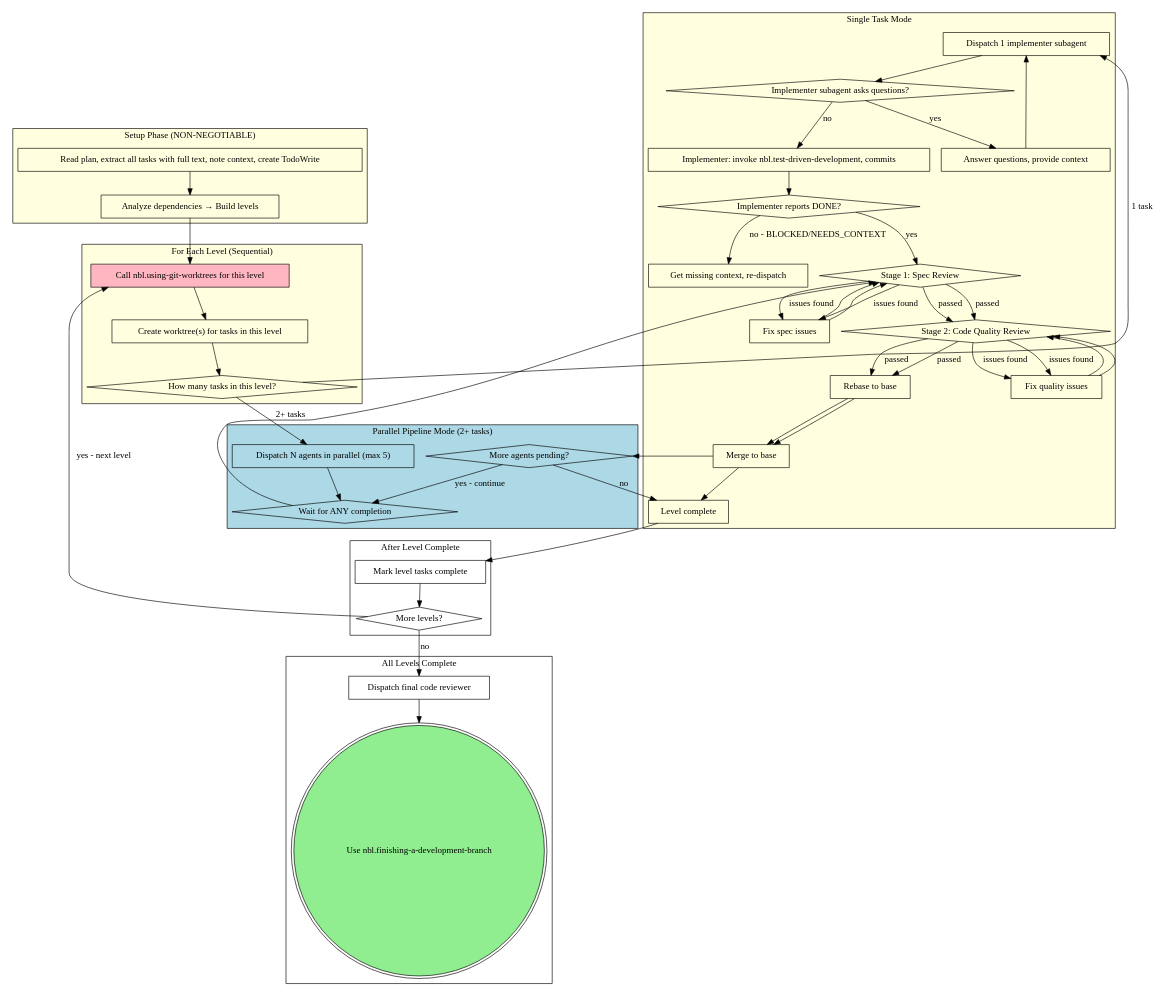
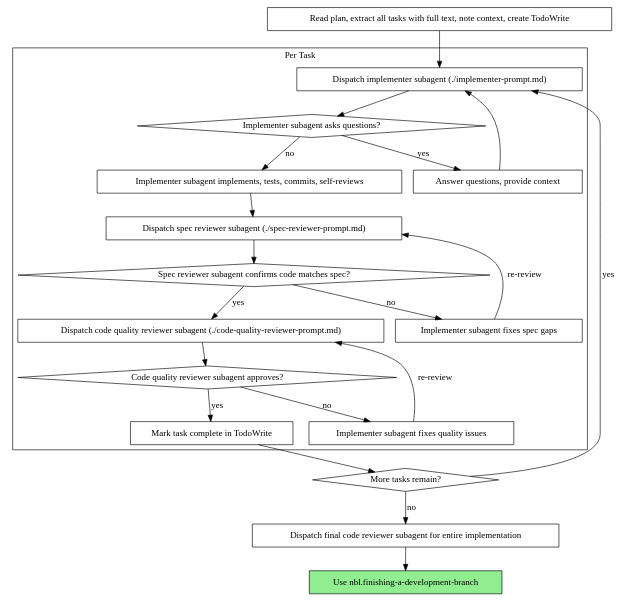
Before and after one commit to icefrag/nbl-superpowers: the second of 2 diagrams in skills/nbl.subagent-driven-development/SKILL.md, drawn with Graphviz. The commit also changed other lines of this file and 7 other files, not shown here.

````diff
--- a/skills/nbl.subagent-driven-development/SKILL.md
+++ b/skills/nbl.subagent-driven-development/SKILL.md
@@ -366,110 +43,43 @@
 digraph process {
     rankdir=TB;
 
-    subgraph cluster_setup {
-        label="Setup Phase (NON-NEGOTIABLE)";
-        style=filled fillcolor=lightyellow;
-        "Read plan, extract all tasks with full text, note context, create TodoWrite" [shape=box];
-        "Analyze dependencies → Build levels" [shape=box];
+    subgraph cluster_per_task {
+        label="Per Task";
+        "Dispatch implementer subagent (./implementer-prompt.md)" [shape=box];
+        "Implementer subagent asks questions?" [shape=diamond];
+        "Answer questions, provide context" [shape=box];
+        "Implementer subagent implements, tests, commits, self-reviews" [shape=box];
+        "Dispatch spec reviewer subagent (./spec-reviewer-prompt.md)" [shape=box];
+        "Spec reviewer subagent confirms code matches spec?" [shape=diamond];
+        "Implementer subagent fixes spec gaps" [shape=box];
+        "Dispatch code quality reviewer subagent (./code-quality-reviewer-prompt.md)" [shape=box];
+        "Code quality reviewer subagent approves?" [shape=diamond];
+        "Implementer subagent fixes quality issues" [shape=box];
+        "Mark task complete in TodoWrite" [shape=box];
     }
 
-    subgraph cluster_level_loop {
-        label="For Each Level (Sequential)";
-        style=filled fillcolor=lightyellow;
-        "Call nbl.using-git-worktrees for this level" [shape=box style=filled fillcolor=lightpink];
-        "Create worktree(s) for tasks in this level" [shape=box];
-        "How many tasks in this level?" [shape=diamond];
-    }
+    "Read plan, extract all tasks with full text, note context, create TodoWrite" [shape=box];
+    "More tasks remain?" [shape=diamond];
+    "Dispatch final code reviewer subagent for entire implementation" [shape=box];
+    "Use nbl.finishing-a-development-branch" [shape=box style=filled fillcolor=lightgreen];
 
-    subgraph cluster_single {
-        label="Single Task Mode";
-        style=filled fillcolor=lightyellow;
-        "Dispatch 1 implementer subagent" [shape=box];
-        "Implementer subagent asks questions?" [shape=diamond];
-        "Answer questions, provide context" [shape=box];
-        "Implementer: invoke nbl.test-driven-development, commits" [shape=box];
-        "Implementer reports DONE?" [shape=diamond];
-        "Get missing context, re-dispatch" [shape=box];
-        "Stage 1: Spec Review" [shape=diamond];
-        "Fix spec issues" [shape=box];
-        "Stage 2: Code Quality Review" [shape=diamond];
-        "Fix quality issues" [shape=box];
-        "Rebase to base" [shape=box];
-        "Merge to base" [shape=box];
-        "Level complete" [shape=box];
-    }
-
-    subgraph cluster_pipeline {
-        label="Parallel Pipeline Mode (2+ tasks)";
-        style=filled fillcolor=lightblue;
-        "Dispatch N agents in parallel (max 5)" [shape=box];
-        "Wait for ANY completion" [shape=diamond];
-        "Stage 1: Spec Review" [shape=diamond];
-        "Fix spec issues" [shape=box];
-        "Stage 2: Code Quality Review" [shape=diamond];
-        "Fix quality issues" [shape=box];
-        "Rebase to base" [shape=box];
-        "Merge to base" [shape=box];
-        "More agents pending?" [shape=diamond];
-        "Level complete" [shape=box];
-    }
-
-    subgraph cluster_cleanup {
-        label="After Level Complete";
-        "Mark level tasks complete" [shape=box];
-        "More levels?" [shape=diamond];
-    }
-
-    subgraph cluster_finish {
-        label="All Levels Complete";
-        "Dispatch final code reviewer" [shape=box];
-        "Use nbl.finishing-a-development-branch" [shape=doublecircle style=filled fillcolor=lightgreen];
-    }
-
-    // Setup flow
-    "Read plan, extract all tasks with full text, note context, create TodoWrite" -> "Analyze dependencies → Build levels";
-    "Analyze dependencies → Build levels" -> "Call nbl.using-git-worktrees for this level";
-    "Call nbl.using-git-worktrees for this level" -> "Create worktree(s) for tasks in this level";
-    "Create worktree(s) for tasks in this level" -> "How many tasks in this level?";
-
-    // Single task branch
-    "How many tasks in this level?" -> "Dispatch 1 implementer subagent" [label="1 task"];
-    "Dispatch 1 implementer subagent" -> "Implementer subagent asks questions?";
+    "Read plan, extract all tasks with full text, note context, create TodoWrite" -> "Dispatch implementer subagent (./implementer-prompt.md)";
+    "Dispatch implementer subagent (./implementer-prompt.md)" -> "Implementer subagent asks questions?";
     "Implementer subagent asks questions?" -> "Answer questions, provide context" [label="yes"];
-    "Answer questions, provide context" -> "Dispatch 1 implementer subagent";
-    "Implementer subagent asks questions?" -> "Implementer: invoke nbl.test-driven-development, commits" [label="no"];
-    "Implementer: invoke nbl.test-driven-development, commits" -> "Implementer reports DONE?";
-    "Implementer reports DONE?" -> "Get missing context, re-dispatch" [label="no - BLOCKED/NEEDS_CONTEXT"];
-    "Implementer reports DONE?" -> "Stage 1: Spec Review" [label="yes"];
-    "Stage 1: Spec Review" -> "Fix spec issues" [label="issues found"];
-    "Fix spec issues" -> "Stage 1: Spec Review";
-    "Stage 1: Spec Review" -> "Stage 2: Code Quality Review" [label="passed"];
-    "Stage 2: Code Quality Review" -> "Fix quality issues" [label="issues found"];
-    "Fix quality issues" -> "Stage 2: Code Quality Review";
-    "Stage 2: Code Quality Review" -> "Rebase to base" [label="passed"];
-    "Rebase to base" -> "Merge to base";
-    "Merge to base" -> "Level complete";
-
-    // Pipeline branch (parallel dispatch)
-    "How many tasks in this level?" -> "Dispatch N agents in parallel (max 5)" [label="2+ tasks"];
-    "Dispatch N agents in parallel (max 5)" -> "Wait for ANY completion";
-    "Wait for ANY completion" -> "Stage 1: Spec Review";
-    "Stage 1: Spec Review" -> "Fix spec issues" [label="issues found"];
-    "Fix spec issues" -> "Stage 1: Spec Review";
-    "Stage 1: Spec Review" -> "Stage 2: Code Quality Review" [label="passed"];
-    "Stage 2: Code Quality Review" -> "Fix quality issues" [label="issues found"];
-    "Fix quality issues" -> "Stage 2: Code Quality Review";
-    "Stage 2: Code Quality Review" -> "Rebase to base" [label="passed"];
-    "Rebase to base" -> "Merge to base";
-    "Merge to base" -> "More agents pending?";
-    "More agents pending?" -> "Wait for ANY completion" [label="yes - continue"];
-    "More agents pending?" -> "Level complete" [label="no"];
-
-    // Cleanup flow
-    "Level complete" -> "Mark level tasks complete";
-    "Mark level tasks complete" -> "More levels?";
-    "More levels?" -> "Call nbl.using-git-worktrees for this level" [label="yes - next level"];
-    "More levels?" -> "Dispatch final code reviewer" [label="no"];
-    "Dispatch final code reviewer" -> "Use nbl.finishing-a-development-branch";
+    "Answer questions, provide context" -> "Dispatch implementer subagent (./implementer-prompt.md)";
+    "Implementer subagent asks questions?" -> "Implementer subagent implements, tests, commits, self-reviews" [label="no"];
+    "Implementer subagent implements, tests, commits, self-reviews" -> "Dispatch spec reviewer subagent (./spec-reviewer-prompt.md)";
+    "Dispatch spec reviewer subagent (./spec-reviewer-prompt.md)" -> "Spec reviewer subagent confirms code matches spec?";
+    "Spec reviewer subagent confirms code matches spec?" -> "Implementer subagent fixes spec gaps" [label="no"];
+    "Implementer subagent fixes spec gaps" -> "Dispatch spec reviewer subagent (./spec-reviewer-prompt.md)" [label="re-review"];
+    "Spec reviewer subagent confirms code matches spec?" -> "Dispatch code quality reviewer subagent (./code-quality-reviewer-prompt.md)" [label="yes"];
+    "Dispatch code quality reviewer subagent (./code-quality-reviewer-prompt.md)" -> "Code quality reviewer subagent approves?";
+    "Code quality reviewer subagent approves?" -> "Implementer subagent fixes quality issues" [label="no"];
+    "Implementer subagent fixes quality issues" -> "Dispatch code quality reviewer subagent (./code-quality-reviewer-prompt.md)" [label="re-review"];
+    "Code quality reviewer subagent approves?" -> "Mark task complete in TodoWrite" [label="yes"];
+    "Mark task complete in TodoWrite" -> "More tasks remain?";
+    "More tasks remain?" -> "Dispatch implementer subagent (./implementer-prompt.md)" [label="yes"];
+    "More tasks remain?" -> "Dispatch final code reviewer subagent for entire implementation" [label="no"];
+    "Dispatch final code reviewer subagent for entire implementation" -> "Use nbl.finishing-a-development-branch";
 }
 ```
````
